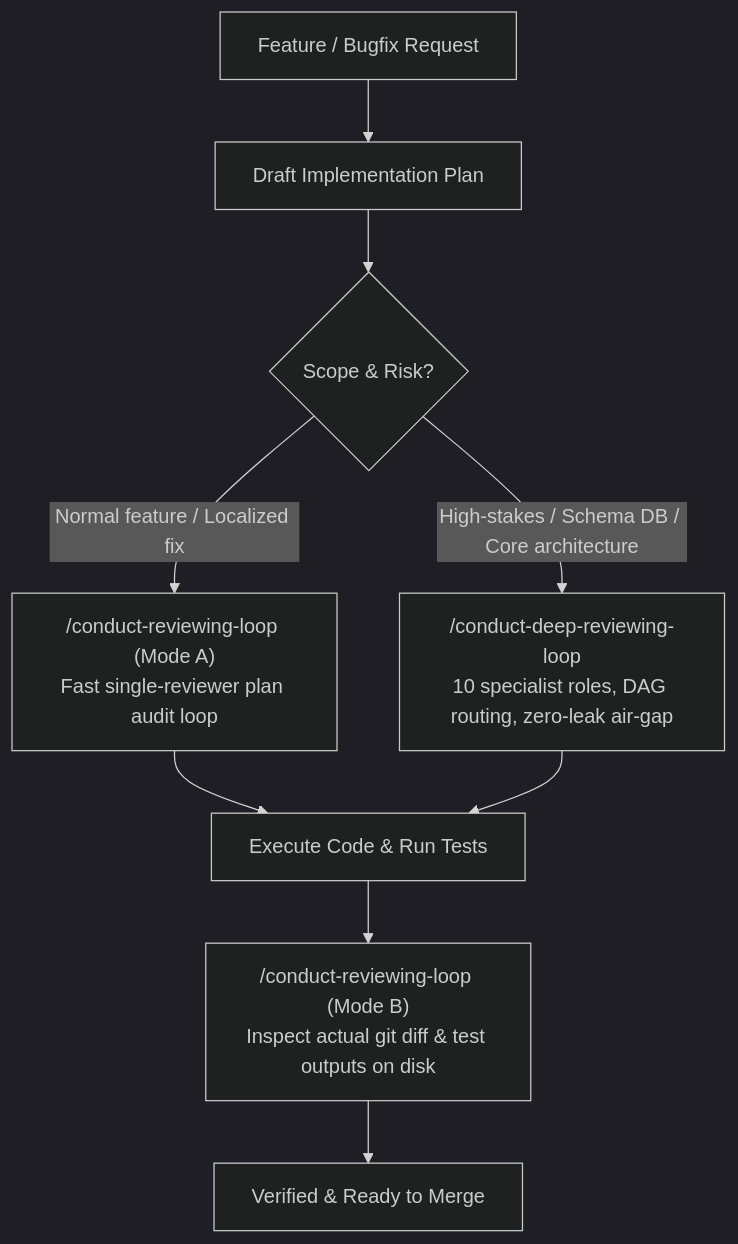
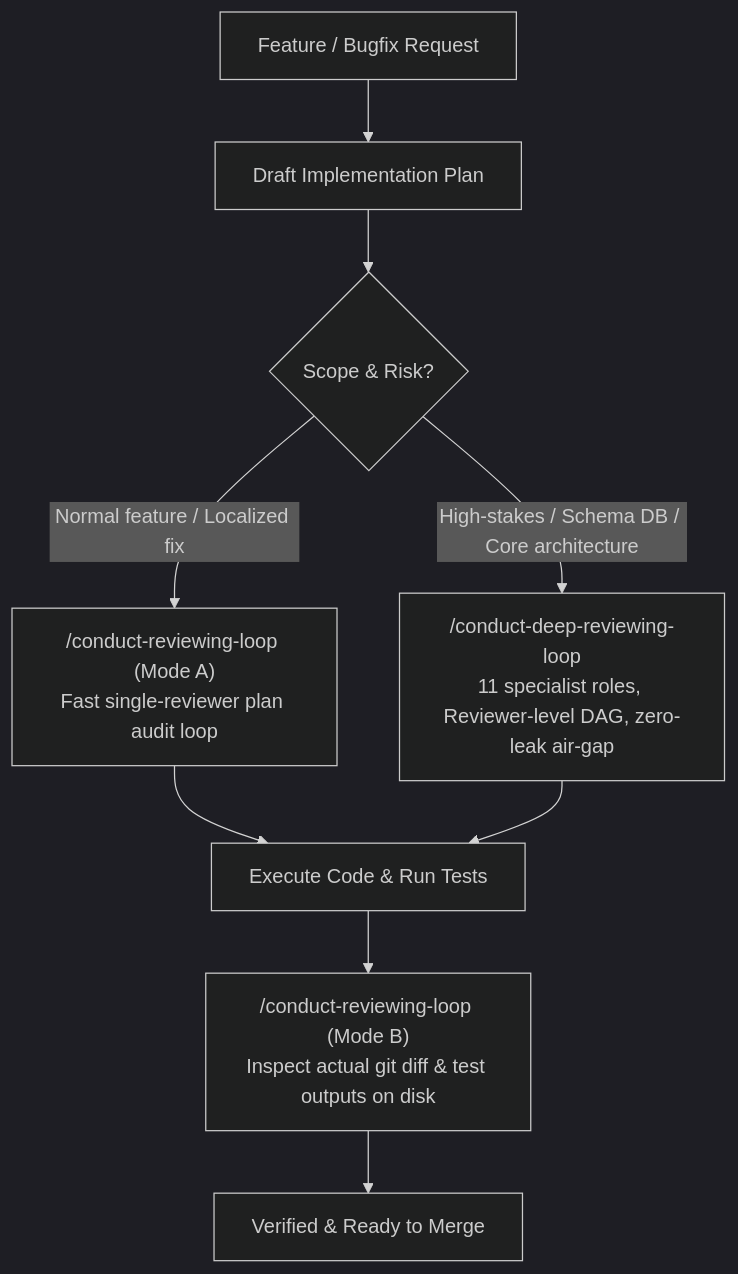
Before and after one commit to loerei/conduct-reviewing-loop: the diagram in README.md, drawn with Mermaid (dark theme). The commit also changed other lines of this file, not shown here.

Commit message:
docs: update README with 11 roles and Reviewer-level Targeted Routing & Backfill

````diff
--- a/README.md
+++ b/README.md
@@ -34,14 +34,14 @@
 ```mermaid
 flowchart TD
     Idea["Feature / Bugfix Request"] --> Plan["Draft Implementation Plan"]
     Plan --> Decision{"Scope & Risk?"}
     
     Decision -->|"Normal feature / Localized fix"| ModeA["/conduct-reviewing-loop (Mode A)<br/>Fast single-reviewer plan audit loop"]
-    Decision -->|"High-stakes / Schema DB / Core architecture"| Deep["/conduct-deep-reviewing-loop<br/>10 specialist roles, DAG routing, zero-leak air-gap"]
+    Decision -->|"High-stakes / Schema DB / Core architecture"| Deep["/conduct-deep-reviewing-loop<br/>11 specialist roles, Reviewer-level DAG, zero-leak air-gap"]
     
     ModeA --> Implement["Execute Code & Run Tests"]
     Deep --> Implement
     
     Implement --> ModeB["/conduct-reviewing-loop (Mode B)<br/>Inspect actual git diff & test outputs on disk"]
     ModeB --> Done["Verified & Ready to Merge"]
 ```
````
